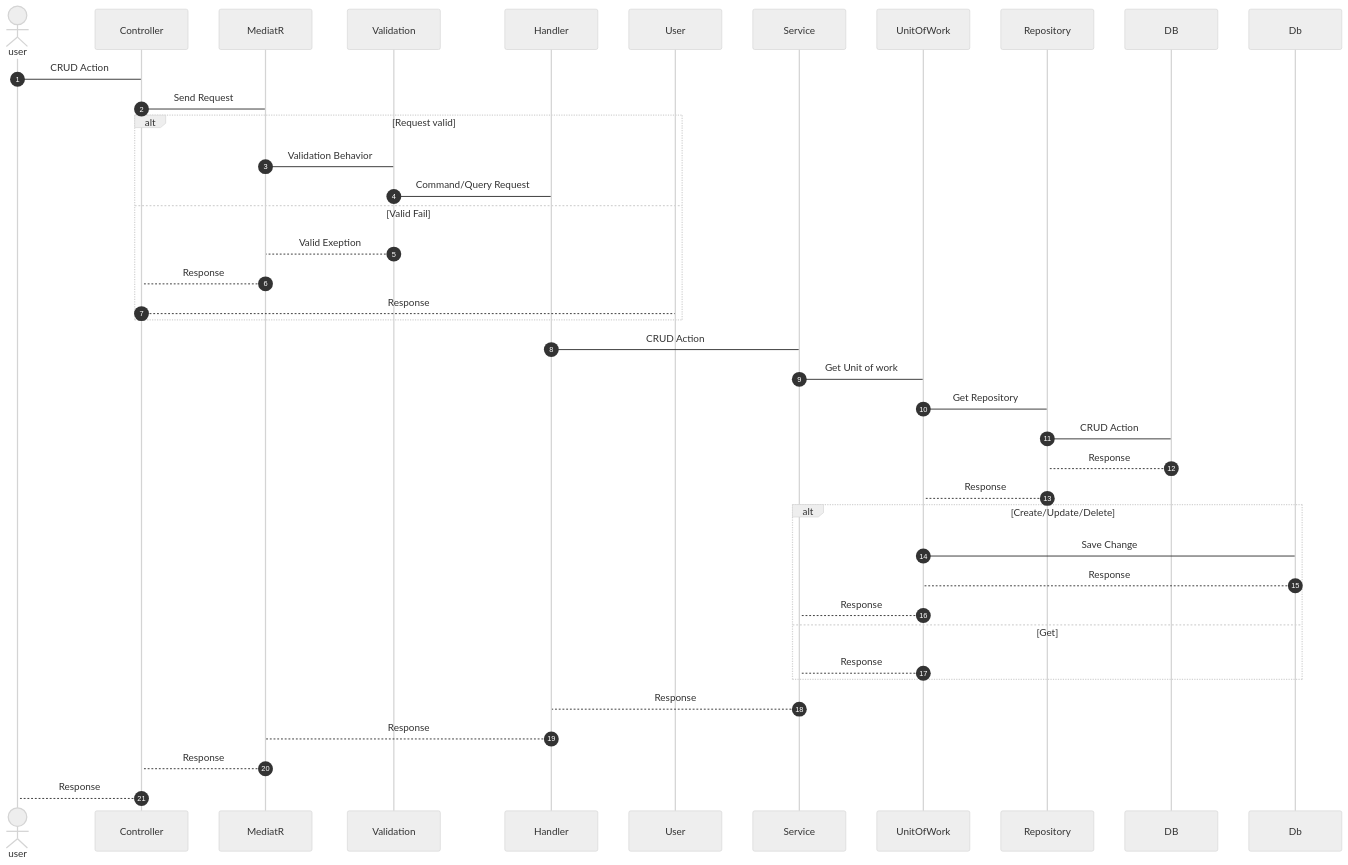
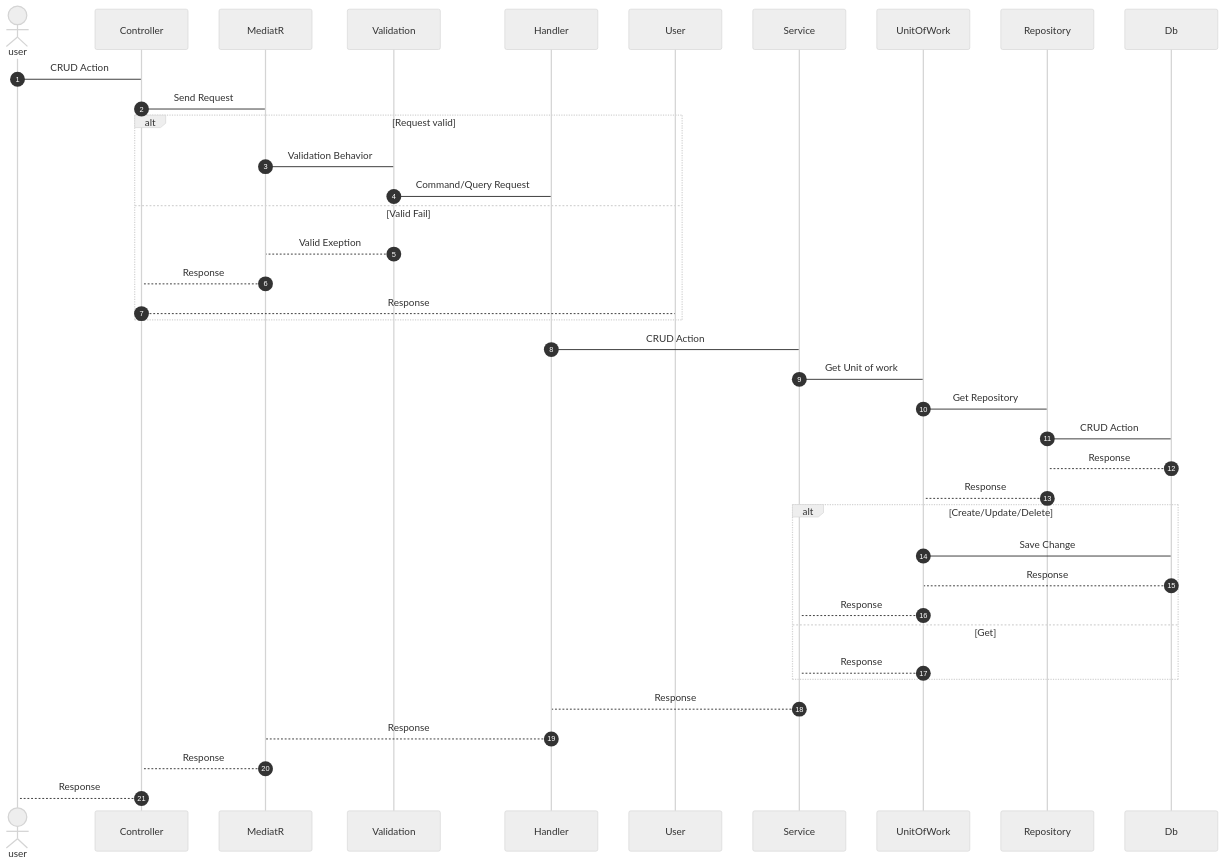
The diagram in README.md (bvtung17/DailyTask_Clean-architecture), drawn with Mermaid (neutral theme) before and after one commit.

````diff
--- a/README.md
+++ b/README.md
@@ -78,33 +78,33 @@
 ```mermaid
 sequenceDiagram
    
         actor user
         autonumber
         user -> Controller : CRUD Action
         Controller -> MediatR : Send Request
         alt Request valid
             MediatR -> Validation : Validation Behavior
             Validation -> Handler : Command/Query Request
         else Valid Fail
             Validation --> MediatR : Valid Exeption
             MediatR --> Controller : Response
             Controller --> User : Response
         end
         Handler -> Service : CRUD Action
         Service -> UnitOfWork : Get Unit of work
         UnitOfWork -> Repository : Get Repository
-        Repository -> DB : CRUD Action 
-        DB --> Repository : Response
+        Repository -> Db : CRUD Action 
+        Db--> Repository : Response
         Repository --> UnitOfWork :  Response 
         alt Create/Update/Delete
             UnitOfWork -> Db : Save Change
             Db --> UnitOfWork : Response
             UnitOfWork --> Service : Response
         else Get
             UnitOfWork --> Service :  Response
         end
         Service --> Handler :  Response
         Handler --> MediatR :  Response
         MediatR --> Controller :  Response
         Controller --> user :  Response 
 ```
````
